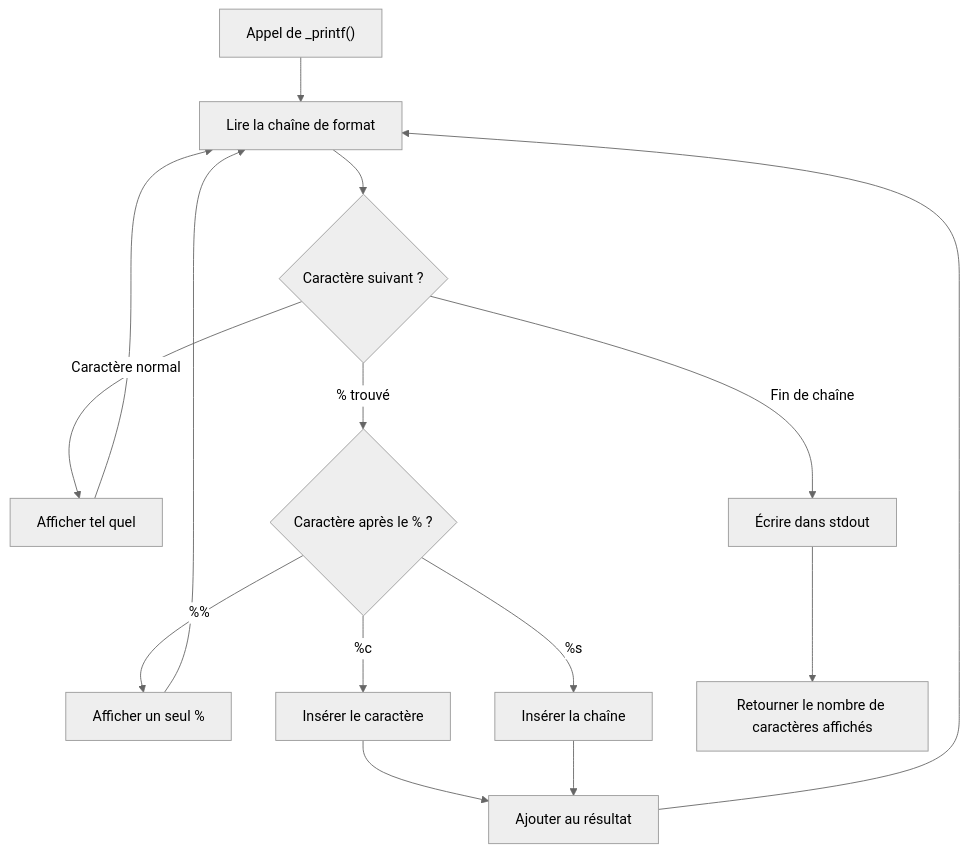
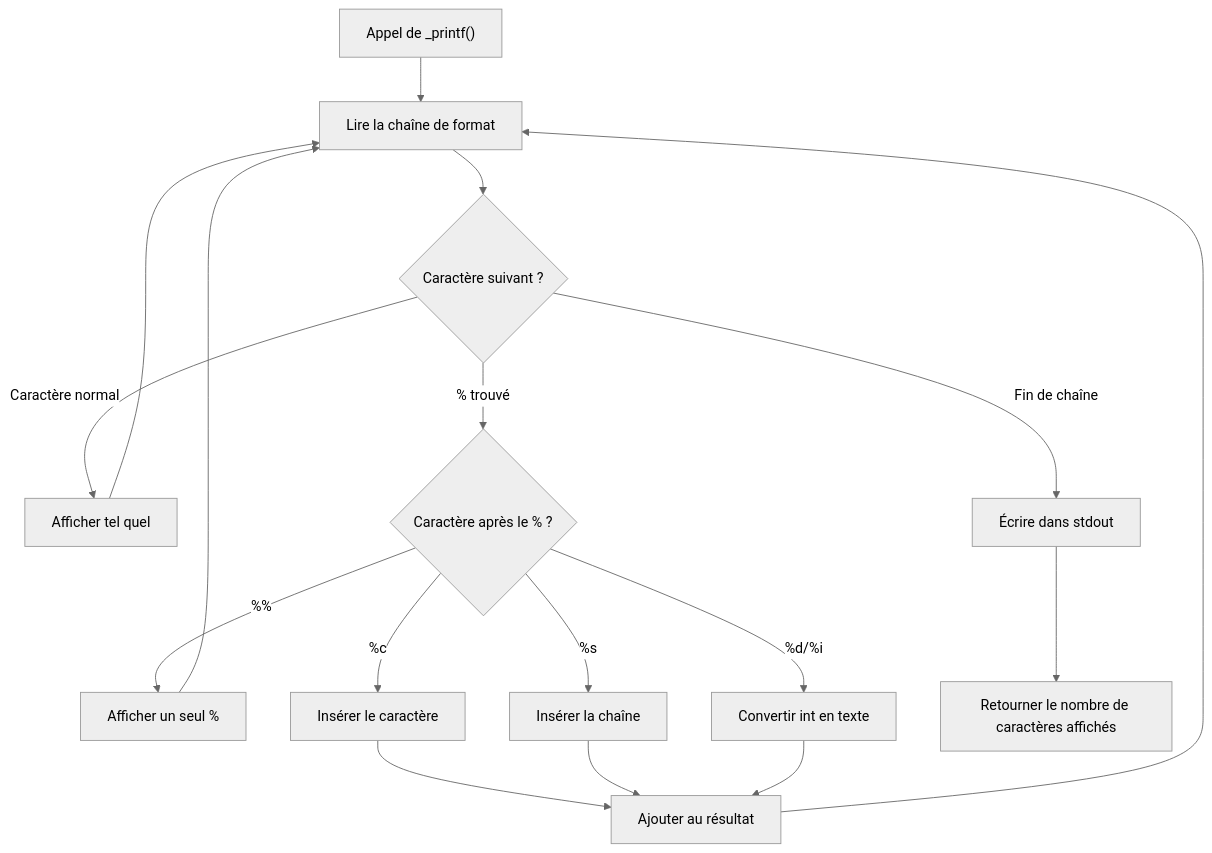
One commit to Souf-F/holbertonschool-printf changed the diagram in README.md. Above: the diagram before and after it, drawn with Mermaid. The commit also changed other lines of this file, not shown here.

````diff
--- a/README.md
+++ b/README.md
@@ -65,22 +71,24 @@
 ```mermaid
 ---
 config:
   theme: neutral
   look: classic
 ---
 flowchart TB
     A["Appel de _printf()"] --> B["Lire la chaîne de format"]
     B --> C{"Caractère suivant ?"}
     C -- Caractère normal --> D["Afficher tel quel"]
     C -- % trouvé --> E{"Caractère après le % ?"}
     C -- Fin de chaîne --> H["Écrire dans stdout"]
     E -- %% --> D2["Afficher un seul %"]
     E -- %c --> G4["Insérer le caractère"]
     E -- %s --> G2["Insérer la chaîne"]
+    E -- %d/%i --> G1["Convertir int en texte"]
     D2 --> B
     G4 --> D3["Ajouter au résultat"]
     G2 --> D3
+    G1 --> D3
     D --> B
     D3 --> B
     H --> I["Retourner le nombre de caractères affichés"]
 ```
````
